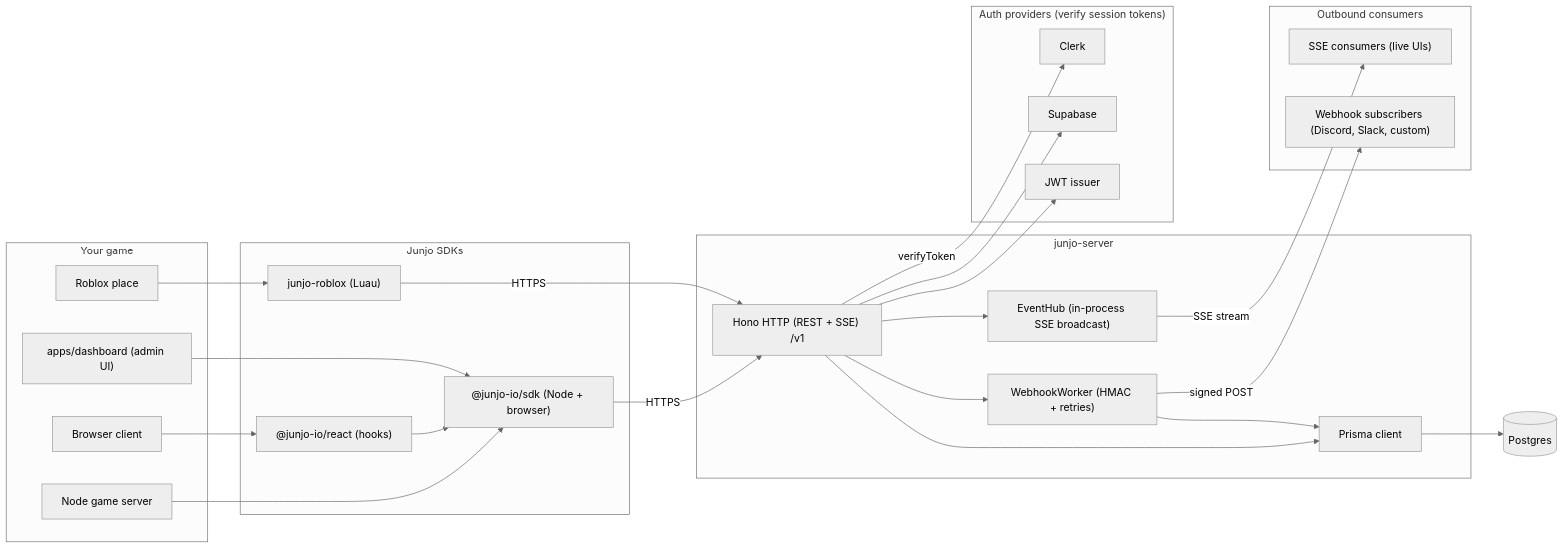
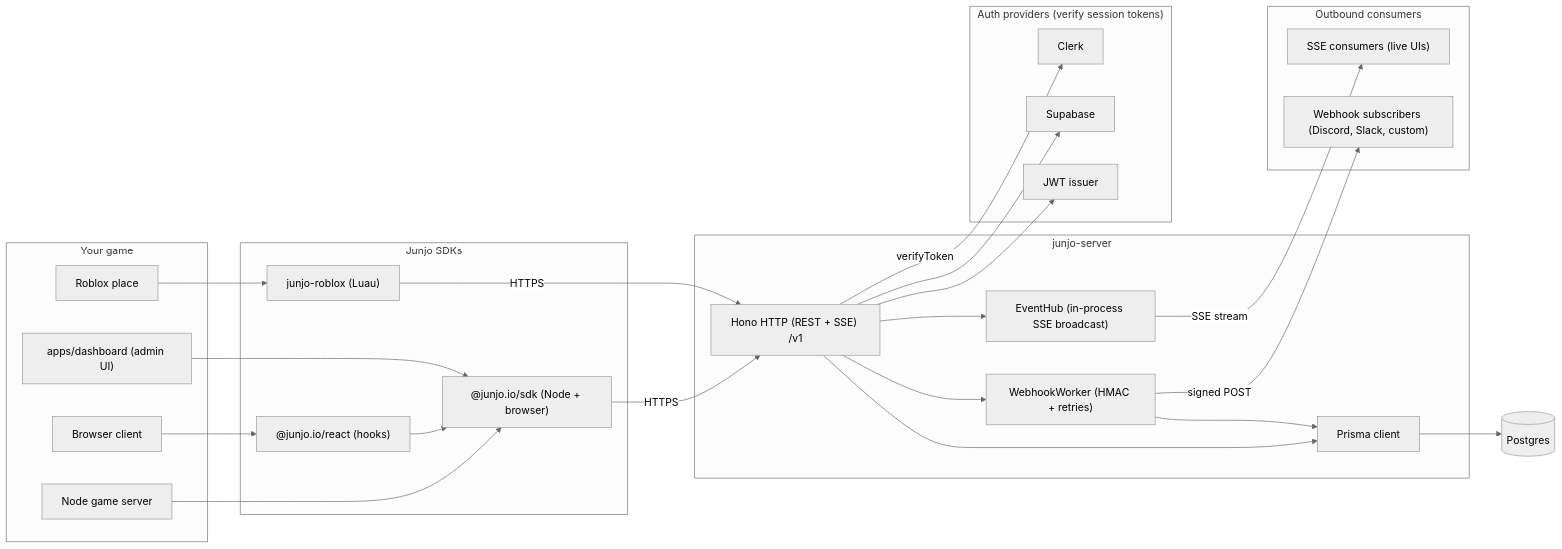
The diagram in apps/docs/pages/index.mdx (GabeCurran/junjo), drawn with Mermaid before and after one commit. The commit also changed other lines of this file and 129 other files, not shown here.

````diff
--- a/apps/docs/pages/index.mdx
+++ b/apps/docs/pages/index.mdx
@@ -13,58 +13,58 @@
 ```mermaid
 %%{init: {'theme': 'neutral'}}%%
 flowchart LR
   subgraph clients["Your game"]
     nodeApp["Node game server"]
     browserApp["Browser client"]
     robloxApp["Roblox place"]
     dashboard["apps/dashboard (admin UI)"]
   end
 
   subgraph sdks["Junjo SDKs"]
-    tsSdk["@junjo-io/sdk (Node + browser)"]
-    reactSdk["@junjo-io/react (hooks)"]
+    tsSdk["@junjo.io/sdk (Node + browser)"]
+    reactSdk["@junjo.io/react (hooks)"]
     robloxSdk["junjo-roblox (Luau)"]
   end
 
   subgraph server["junjo-server"]
     hono["Hono HTTP (REST + SSE) /v1"]
     eventHub["EventHub (in-process SSE broadcast)"]
     webhookWorker["WebhookWorker (HMAC + retries)"]
     prisma["Prisma client"]
   end
 
   postgres[("Postgres")]
 
   subgraph auth["Auth providers (verify session tokens)"]
     clerk["Clerk"]
     supabase["Supabase"]
     jwt["JWT issuer"]
   end
 
   subgraph subscribers["Outbound consumers"]
     sseClient["SSE consumers (live UIs)"]
     webhookSink["Webhook subscribers (Discord, Slack, custom)"]
   end
 
   nodeApp --> tsSdk
   browserApp --> reactSdk
   reactSdk --> tsSdk
   robloxApp --> robloxSdk
   dashboard --> tsSdk
 
   tsSdk -- HTTPS --> hono
   robloxSdk -- HTTPS --> hono
 
   hono --> eventHub
   hono --> webhookWorker
   hono --> prisma
   webhookWorker --> prisma
   prisma --> postgres
 
   hono -- verifyToken --> clerk
   hono --> supabase
   hono --> jwt
 
   eventHub -- SSE stream --> sseClient
   webhookWorker -- signed POST --> webhookSink
 ```
````
